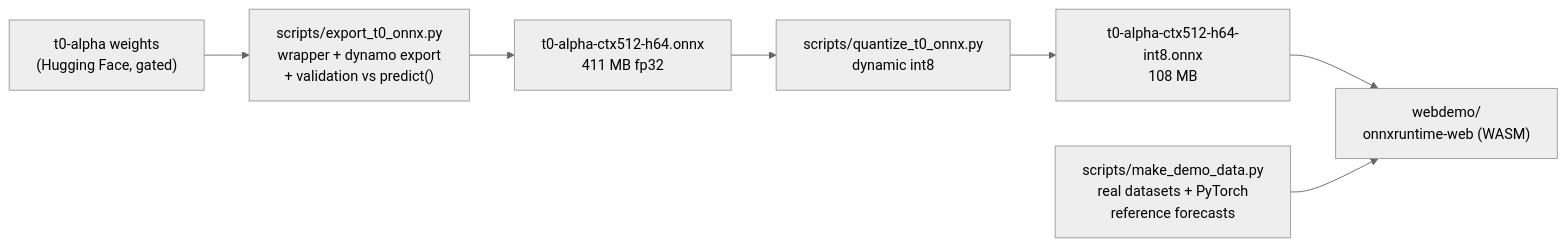
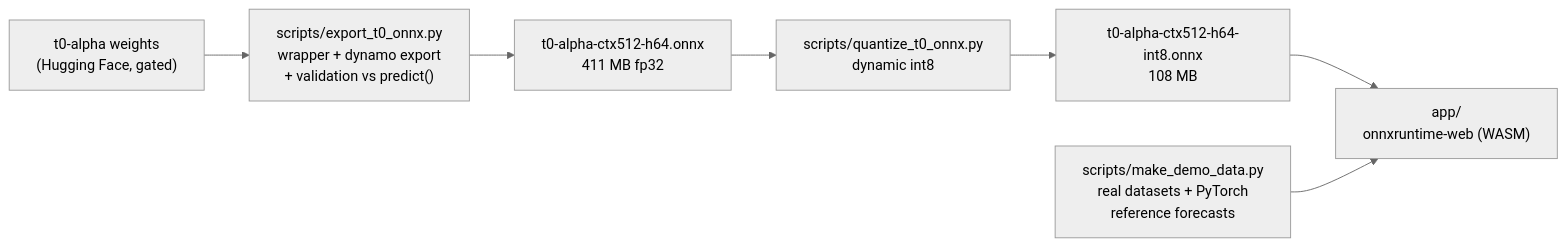
One commit to sktime/tsfm-onnx changed the diagram in README.md. Above: the diagram before and after it, drawn with Mermaid (neutral theme). The commit also changed other lines of this file and 2 other files, not shown here.

````diff
--- a/README.md
+++ b/README.md
@@ -42,9 +48,9 @@
 ```mermaid
 flowchart LR
     A["t0-alpha weights<br/>(Hugging Face, gated)"] --> B["scripts/export_t0_onnx.py<br/>wrapper + dynamo export<br/>+ validation vs predict()"]
     B --> C["t0-alpha-ctx512-h64.onnx<br/>411 MB fp32"]
     C --> D["scripts/quantize_t0_onnx.py<br/>dynamic int8"]
     D --> E["t0-alpha-ctx512-h64-int8.onnx<br/>108 MB"]
-    E --> F["webdemo/<br/>onnxruntime-web (WASM)"]
+    E --> F["app/<br/>onnxruntime-web (WASM)"]
     G["scripts/make_demo_data.py<br/>real datasets + PyTorch<br/>reference forecasts"] --> F
 ```
````
